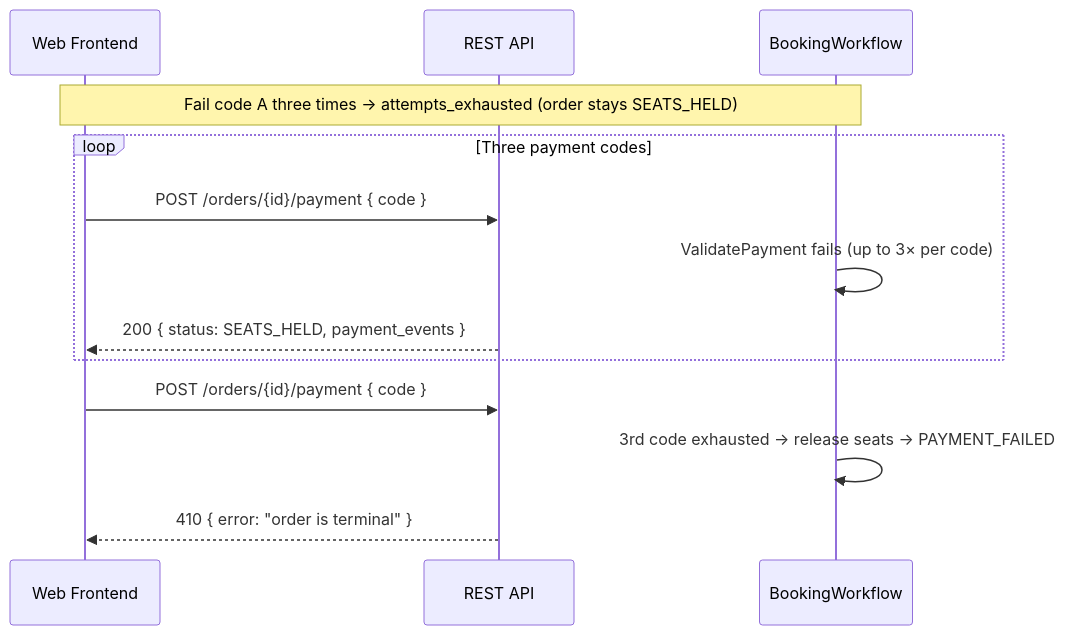
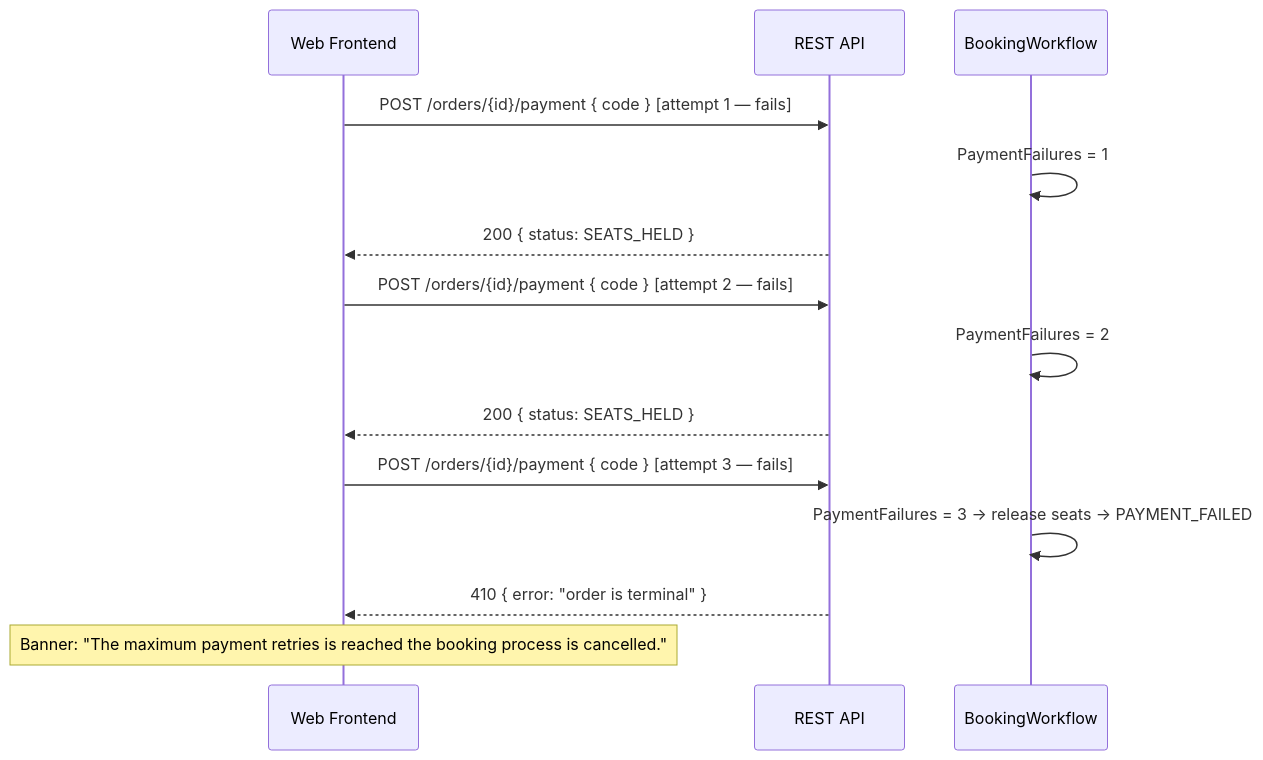
One commit to YanShlain/surfai changed the fifth of 7 diagrams in docs/design_overview.md. Above: the diagram before and after it, drawn with Mermaid. The commit also changed other lines of this file and 14 other files, not shown here.

First line of the commit message:
Simplify booking flow: timer on seat hold, 3 payment retries.

````diff
--- a/docs/design_overview.md
+++ b/docs/design_overview.md
@@ -204,18 +199,19 @@
 ```mermaid
 sequenceDiagram
   participant UI as Web Frontend
   participant API as REST API
   participant WF as BookingWorkflow
 
-  Note over UI,WF: Fail code A three times → attempts_exhausted (order stays SEATS_HELD)
+  UI->>API: POST /orders/{id}/payment { code } [attempt 1 — fails]
+  WF->>WF: PaymentFailures = 1
+  API-->>UI: 200 { status: SEATS_HELD }
 
-  loop Three payment codes
-    UI->>API: POST /orders/{id}/payment { code }
-    WF->>WF: ValidatePayment fails (up to 3× per code)
-    API-->>UI: 200 { status: SEATS_HELD, payment_events }
-  end
+  UI->>API: POST /orders/{id}/payment { code } [attempt 2 — fails]
+  WF->>WF: PaymentFailures = 2
+  API-->>UI: 200 { status: SEATS_HELD }
 
-  UI->>API: POST /orders/{id}/payment { code }
-  WF->>WF: 3rd code exhausted → release seats → PAYMENT_FAILED
+  UI->>API: POST /orders/{id}/payment { code } [attempt 3 — fails]
+  WF->>WF: PaymentFailures = 3 → release seats → PAYMENT_FAILED
   API-->>UI: 410 { error: "order is terminal" }
+  Note over UI: Banner: "The maximum payment retries is reached the booking process is cancelled."
 ```
````
